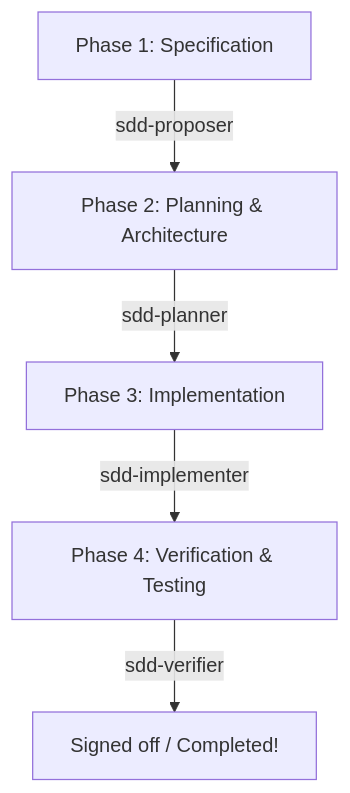
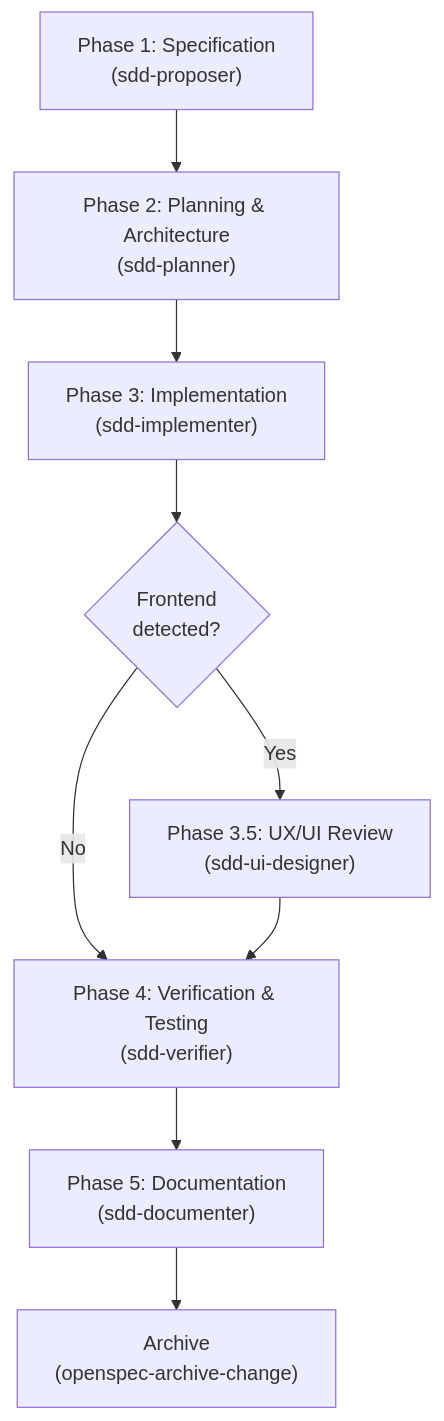
One commit to Danielisla96/zugzbot changed the diagram in README.md. Above: the diagram before and after it, drawn with Mermaid. The commit also changed other lines of this file, not shown here.

Commit message:
docs: update README with refined agent roster, expanded 7-phase SDD lifecycle, and streamlined installation guide

````diff
--- a/README.md
+++ b/README.md
@@ -12,7 +12,11 @@
 ```mermaid
 graph TD
-    A[Phase 1: Specification] -->|sdd-proposer| B[Phase 2: Planning & Architecture]
-    B -->|sdd-planner| C[Phase 3: Implementation]
-    C -->|sdd-implementer| D[Phase 4: Verification & Testing]
-    D -->|sdd-verifier| E[Signed off / Completed!]
+    A["Phase 1: Specification\n(sdd-proposer)"] --> B["Phase 2: Planning & Architecture\n(sdd-planner)"]
+    B --> C["Phase 3: Implementation\n(sdd-implementer)"]
+    C --> D{"Frontend\ndetected?"}
+    D -- Yes --> E["Phase 3.5: UX/UI Review\n(sdd-ui-designer)"]
+    D -- No --> F["Phase 4: Verification & Testing\n(sdd-verifier)"]
+    E --> F
+    F --> G["Phase 5: Documentation\n(sdd-documenter)"]
+    G --> H["Archive\n(openspec-archive-change)"]
 ```
````
